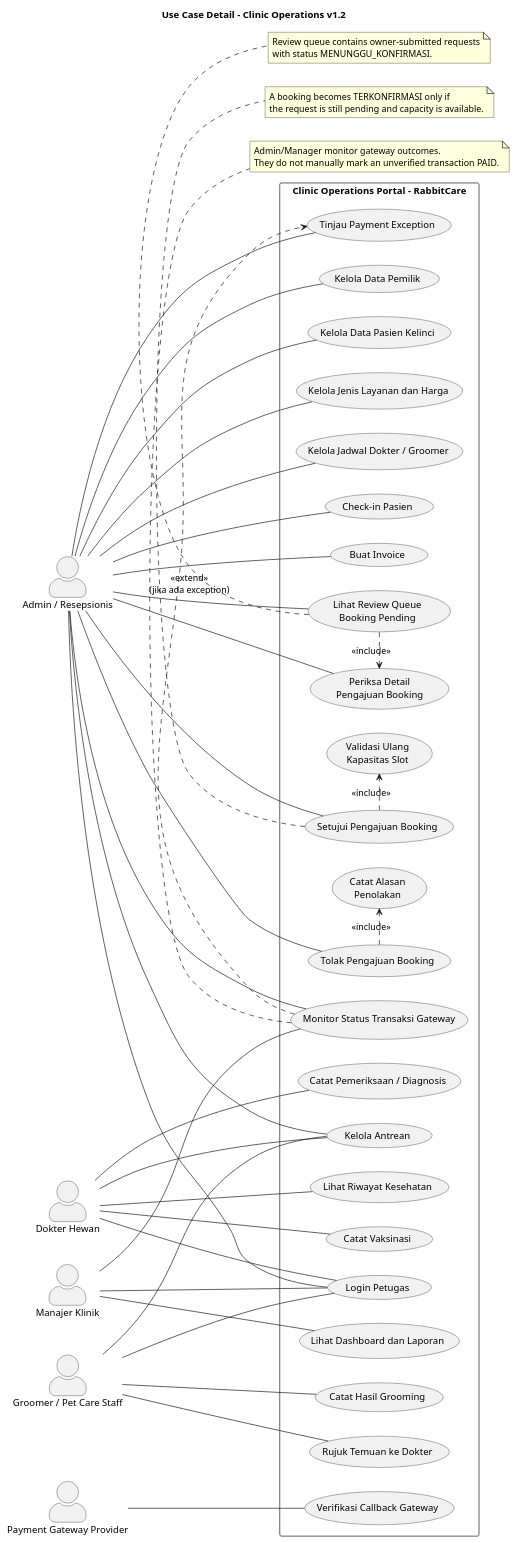
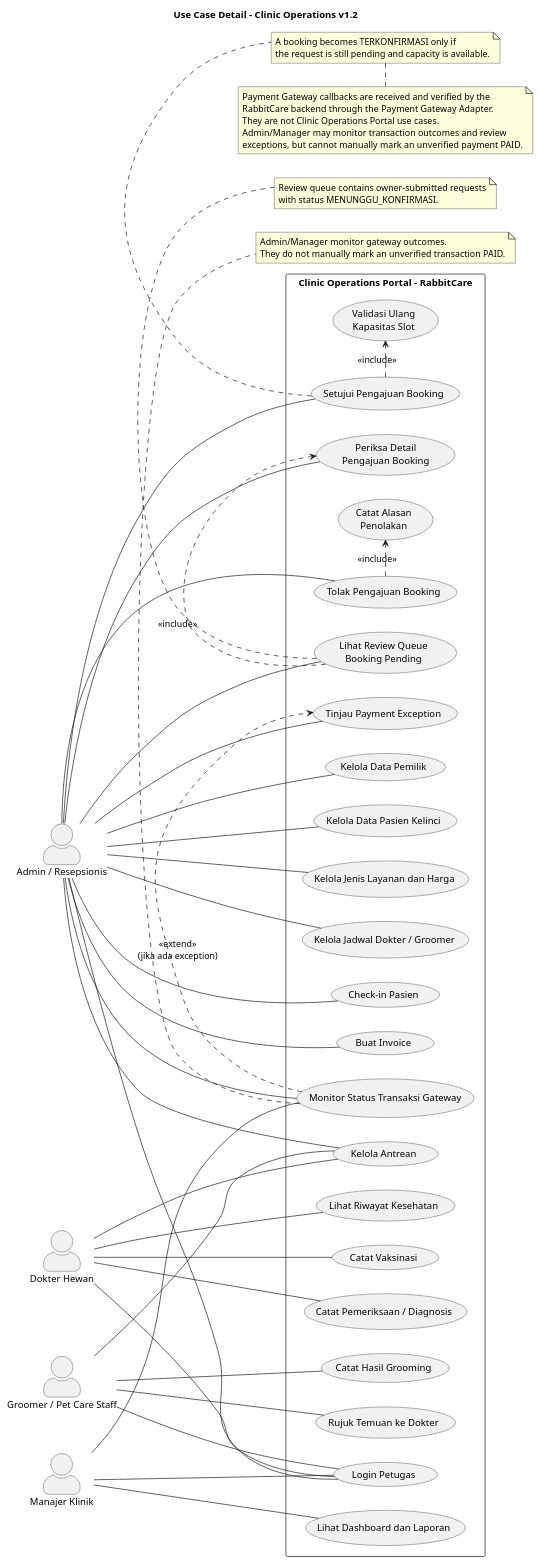
Before and after one commit to anggitasilmyy/rabbitcare-system-analysis: the diagram in plantuml/refinement/03_use_case_clinic_operations_v1.2.puml, drawn with PlantUML. The commit also changed 4 other files, not shown here.

```diff
--- a/plantuml/refinement/03_use_case_clinic_operations_v1.2.puml
+++ b/plantuml/refinement/03_use_case_clinic_operations_v1.2.puml
@@ -1,89 +1,94 @@
 @startuml
 left to right direction
 skinparam shadowing false
 skinparam actorStyle awesome
 title Use Case Detail - Clinic Operations v1.2
 
 actor "Admin / Resepsionis" as Admin
 actor "Dokter Hewan" as Doctor
 actor "Groomer / Pet Care Staff" as Groomer
 actor "Manajer Klinik" as Manager
-actor "Payment Gateway Provider" as Gateway
 
 rectangle "Clinic Operations Portal - RabbitCare" {
   usecase "Login Petugas" as C1
   usecase "Kelola Data Pemilik" as C2
   usecase "Kelola Data Pasien Kelinci" as C3
   usecase "Kelola Jenis Layanan dan Harga" as C4
   usecase "Kelola Jadwal Dokter / Groomer" as C5
   usecase "Lihat Review Queue\nBooking Pending" as C6
   usecase "Periksa Detail\nPengajuan Booking" as C7
   usecase "Setujui Pengajuan Booking" as C8
   usecase "Tolak Pengajuan Booking" as C9
   usecase "Validasi Ulang\nKapasitas Slot" as C10
   usecase "Catat Alasan\nPenolakan" as C11
   usecase "Check-in Pasien" as C12
   usecase "Kelola Antrean" as C13
   usecase "Lihat Riwayat Kesehatan" as C14
   usecase "Catat Pemeriksaan / Diagnosis" as C15
   usecase "Catat Vaksinasi" as C16
   usecase "Catat Hasil Grooming" as C17
   usecase "Rujuk Temuan ke Dokter" as C18
   usecase "Buat Invoice" as C19
   usecase "Monitor Status Transaksi Gateway" as C20
   usecase "Tinjau Payment Exception" as C21
   usecase "Lihat Dashboard dan Laporan" as C22
-  usecase "Verifikasi Callback Gateway" as C23
 }
 
 Admin -- C1
 Admin -- C2
 Admin -- C3
 Admin -- C4
 Admin -- C5
 Admin -- C6
 Admin -- C7
 Admin -- C8
 Admin -- C9
 Admin -- C12
 Admin -- C13
 Admin -- C19
 Admin -- C20
 Admin -- C21
 
 Doctor -- C1
 Doctor -- C13
 Doctor -- C14
 Doctor -- C15
 Doctor -- C16
 
 Groomer -- C1
 Groomer -- C13
 Groomer -- C17
 Groomer -- C18
 
 Manager -- C1
 Manager -- C20
 Manager -- C22
-Gateway -- C23
 
 C6 .> C7 : <<include>>
 C8 .> C10 : <<include>>
 C9 .> C11 : <<include>>
 C20 .> C21 : <<extend>>\n(jika ada exception)
 
 note bottom of C6
   Review queue contains owner-submitted requests
   with status MENUNGGU_KONFIRMASI.
 end note
 
 note bottom of C20
   Admin/Manager monitor gateway outcomes.
   They do not manually mark an unverified transaction PAID.
 end note
 
 note bottom of C8
   A booking becomes TERKONFIRMASI only if
   the request is still pending and capacity is available.
 end note
+
+note bottom
+  Payment Gateway callbacks are received and verified by the
+  RabbitCare backend through the Payment Gateway Adapter.
+  They are not Clinic Operations Portal use cases.
+  Admin/Manager may monitor transaction outcomes and review
+  exceptions, but cannot manually mark an unverified payment PAID.
+end note
 @enduml
```
